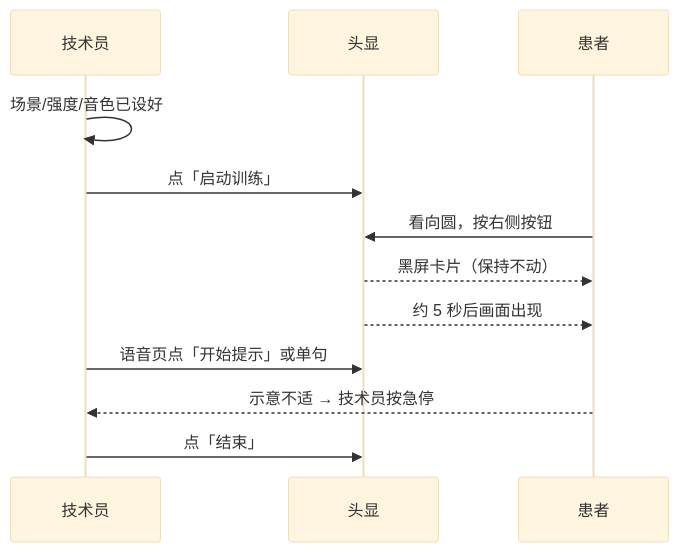
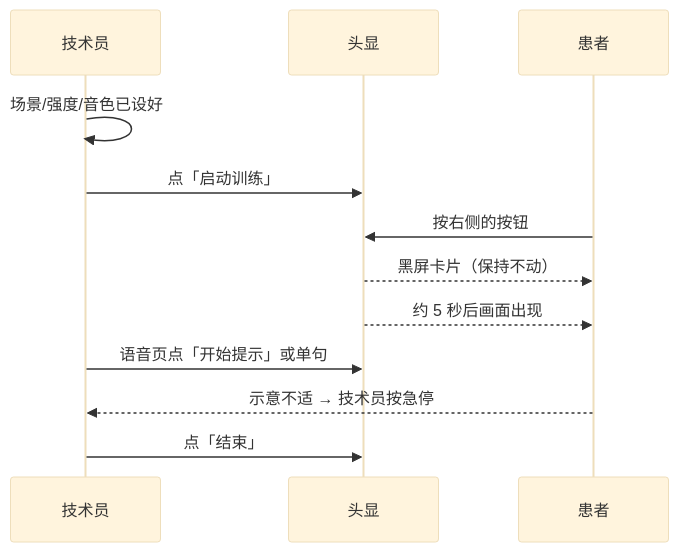
The diagram in docs/manual.md (fire-disposal/quiet-shore-vr), drawn with Mermaid (base theme) before and after one commit. The commit also changed other lines of this file and 100 other files, not shown here.

````diff
--- a/docs/manual.md
+++ b/docs/manual.md
@@ -35,14 +35,14 @@
 ```mermaid
 sequenceDiagram
   participant T as 技术员
   participant H as 头显
   participant P as 患者
   T->>T: 场景/强度/音色已设好
   T->>H: 点「启动训练」
-  P->>H: 看向圆，按右侧按钮
+  P->>H: 按右侧的按钮
   H-->>P: 黑屏卡片（保持不动）
   H-->>P: 约 5 秒后画面出现
   T->>H: 语音页点「开始提示」或单句
   P-->>T: 示意不适 → 技术员按急停
   T->>H: 点「结束」
 ```
````
